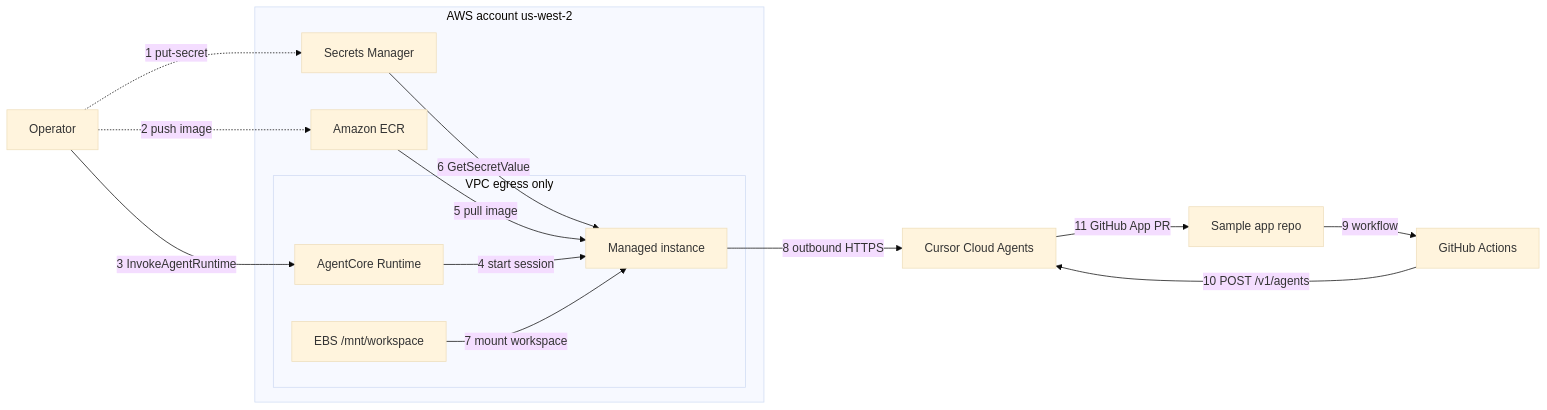
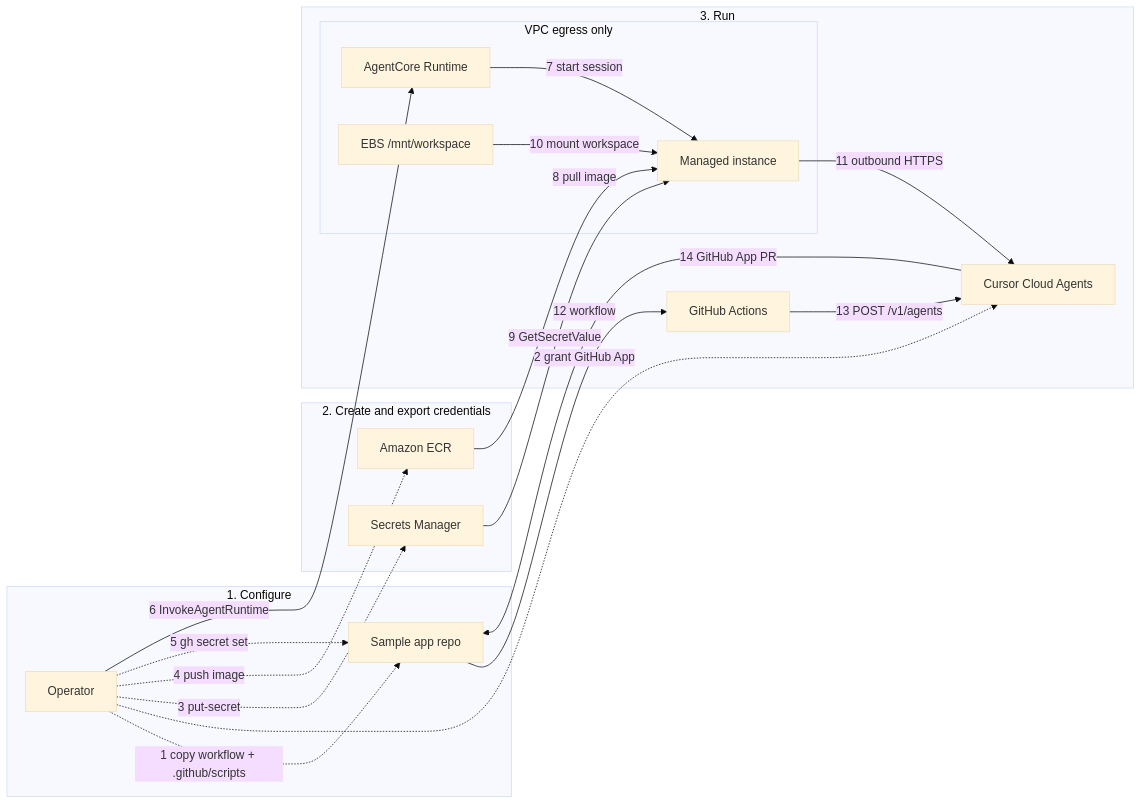
One commit to skopp002/cursor-cookbook changed the diagram in self-hosted-cloud-agent/agentcore/diagrams/architecture.mmd. Above: the diagram before and after it, drawn with Mermaid (base theme). The commit also changed 3 other files, not shown here.

First line of the commit message:
Add configure/credentials/run lanes and the sample-repo copy step.

```diff
--- a/self-hosted-cloud-agent/agentcore/diagrams/architecture.mmd
+++ b/self-hosted-cloud-agent/agentcore/diagrams/architecture.mmd
@@ -1,33 +1,47 @@
 %% Simple component view. Render PNG: python3 diagrams/render_architecture.py
+%% Cookbook github/ is a static template, not generated. Copy:
+%%   github/cursor-agent-in-progress.yml -> <app>/.github/workflows/
+%%   github/kick_cursor_agent.py         -> <app>/.github/scripts/kick_cursor_agent.py
 flowchart LR
   OP[Operator]
+  GH[Sample app repo]
   SM[Secrets Manager]
   ECR[Amazon ECR]
   RT[AgentCore Runtime]
   EC2[Managed instance]
   EBS[EBS /mnt/workspace]
   CA[Cursor Cloud Agents]
-  GH[Sample app repo]
   GHA[GitHub Actions]
 
-  subgraph AWS["AWS account us-west-2"]
+  subgraph CFG["1. Configure"]
+    OP
+    GH
+  end
+  subgraph CRED["2. Create and export credentials"]
     SM
     ECR
+  end
+  subgraph RUN["3. Run"]
     subgraph VPC["VPC egress only"]
       RT
       EC2
       EBS
     end
+    CA
+    GHA
   end
 
-  OP -.->|1 put-secret| SM
-  OP -.->|2 push image| ECR
-  OP -->|3 InvokeAgentRuntime| RT
-  RT -->|4 start session| EC2
-  ECR -->|5 pull image| EC2
-  SM -->|6 GetSecretValue| EC2
-  EBS -->|7 mount workspace| EC2
-  EC2 -->|8 outbound HTTPS| CA
-  GH -->|9 workflow| GHA
-  GHA -->|10 POST /v1/agents| CA
-  CA -->|11 GitHub App PR| GH
+  OP -.->|1 copy workflow + .github/scripts| GH
+  OP -.->|2 grant GitHub App| CA
+  OP -.->|3 put-secret| SM
+  OP -.->|4 push image| ECR
+  OP -.->|5 gh secret set| GH
+  OP -->|6 InvokeAgentRuntime| RT
+  RT -->|7 start session| EC2
+  ECR -->|8 pull image| EC2
+  SM -->|9 GetSecretValue| EC2
+  EBS -->|10 mount workspace| EC2
+  EC2 -->|11 outbound HTTPS| CA
+  GH -->|12 workflow| GHA
+  GHA -->|13 POST /v1/agents| CA
+  CA -->|14 GitHub App PR| GH
```
